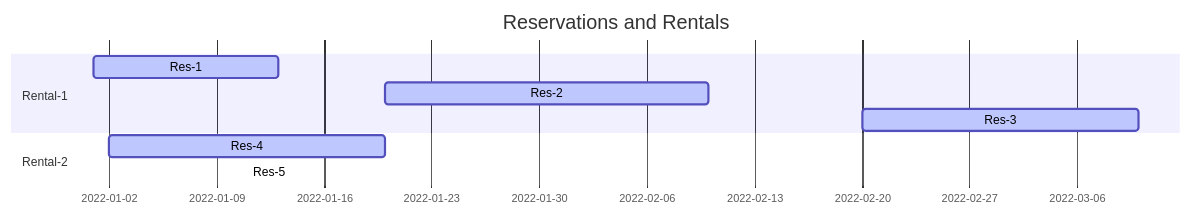
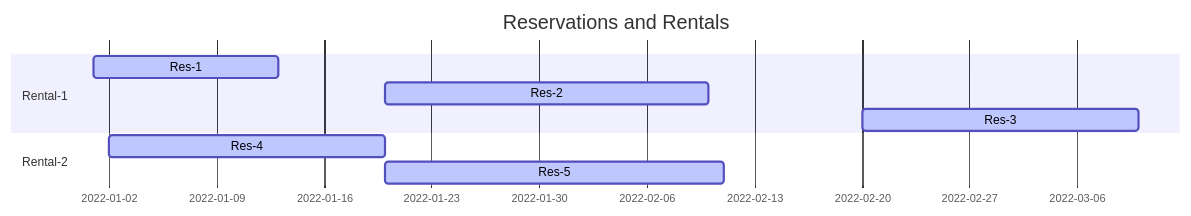
One commit to rtodea/gr-alef-bet-bet changed the second of 2 diagrams in README.md. Above: the diagram before and after it, drawn with Mermaid.

````diff
--- a/README.md
+++ b/README.md
@@ -32,14 +32,14 @@
 ```mermaid
 gantt
 dateFormat YYYY-MM-DD
 title Reservations and Rentals
 
 section Rental-1
 Res-1: active, 2022-01-01, 2022-01-13
 Res-2: active, 2022-01-20, 2022-02-10
 Res-3: active, 2022-02-20, 2022-03-10
 
 section Rental-2
 Res-4: active, 2022-01-02, 2022-01-20
-Res-5: active, 2022-01-20, 2022-01-11
+Res-5: active, 2022-01-20, 2022-02-11
 ```
````
